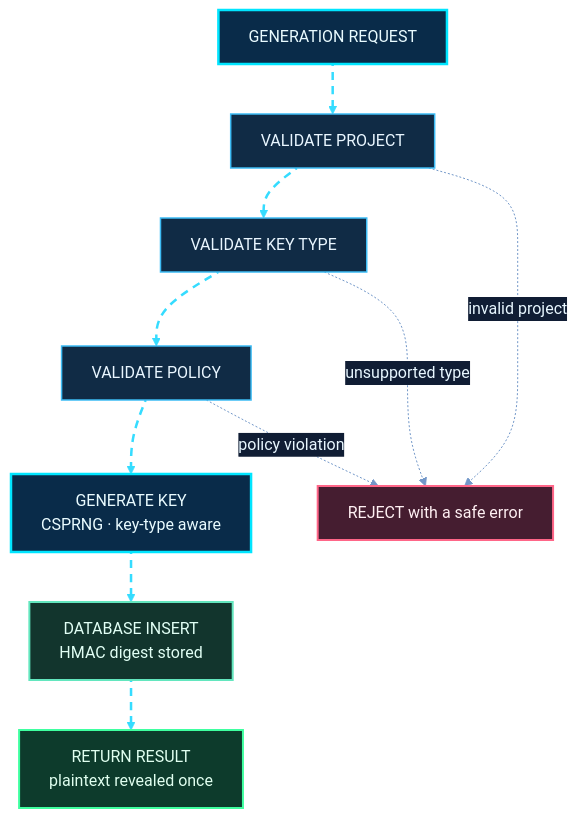
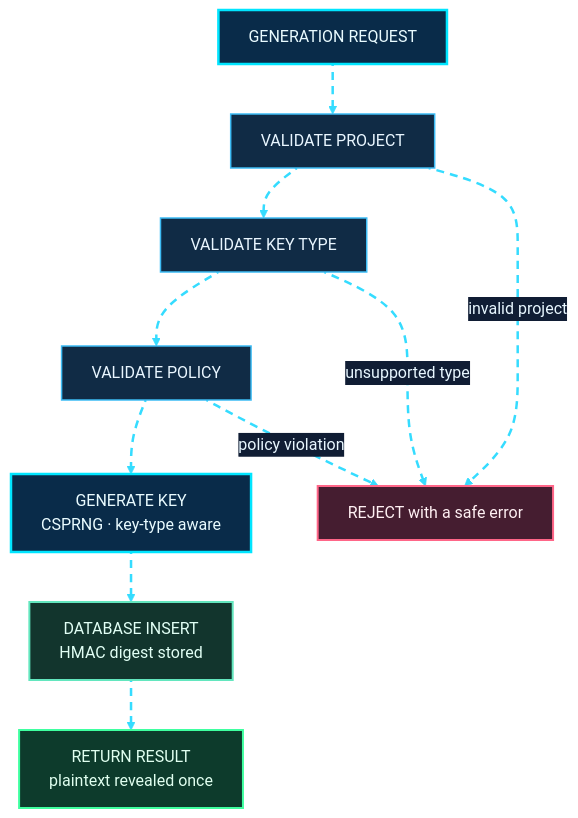
The ninth of 23 diagrams in README.md (shajeduzzamanenan992008inc/NexOra-Database-key-Gen), drawn with Mermaid before and after one commit. The commit also changed other lines of this file and 484 other files, not shown here.

````diff
--- a/README.md
+++ b/README.md
@@ -917,33 +994,48 @@
 ```mermaid
+
 %%{init: {"theme":"base","themeVariables":{"darkMode":true,"background":"#07111f","primaryColor":"#102744","primaryTextColor":"#e8f7ff","primaryBorderColor":"#00d9ff","lineColor":"#7297c8","secondaryColor":"#261d45","secondaryTextColor":"#f3eaff","secondaryBorderColor":"#a78bfa","tertiaryColor":"#12332b","tertiaryTextColor":"#e0fff1","tertiaryBorderColor":"#41e6a2","fontFamily":"Inter, Segoe UI, sans-serif","edgeLabelBackground":"#101d34","mainBkg":"#102744","nodeBorder":"#00d9ff","clusterBkg":"#0b1930","clusterBorder":"#6f7dff","actorBkg":"#102744","actorBorder":"#00d9ff","actorTextColor":"#e8f7ff","signalColor":"#64d8ff","signalTextColor":"#e8f7ff","noteBkgColor":"#0e332b","noteBorderColor":"#41e6a2","noteTextColor":"#e0fff1"}}}%%
 flowchart TD
-    G0["GENERATION REQUEST"] nx08e01@--> G1["VALIDATE PROJECT"]
-    G1 nx08e02@--> G2["VALIDATE KEY TYPE"]
-    G2 nx08e03@--> G3["VALIDATE POLICY"]
-    G3 nx08e04@--> G4["GENERATE KEY<br/>CSPRNG · key-type aware"]
-    G4 nx08e05@--> G5["DATABASE INSERT<br/>HMAC digest stored"]
-    G5 nx08e06@--> G6["RETURN RESULT<br/>plaintext revealed once"]
-    G1 -.->|"invalid project"| GX["REJECT with a safe error"]
-    G2 -.->|"unsupported type"| GX
-    G3 -.->|"policy violation"| GX
+    G0["GENERATION REQUEST"] nx09e01@--> G1["VALIDATE PROJECT"]
 
-    %% OMEGA NEX-ORA visual classes
+    G1 nx09e02@--> G2["VALIDATE KEY TYPE"]
+
+    G2 nx09e03@--> G3["VALIDATE POLICY"]
+
+    G3 nx09e04@--> G4["GENERATE KEY<br/>CSPRNG · key-type aware"]
+
+    G4 nx09e05@--> G5["DATABASE INSERT<br/>HMAC digest stored"]
+
+    G5 nx09e06@--> G6["RETURN RESULT<br/>plaintext revealed once"]
+
+    %% Rejection paths
+    G1 nx09e07@-.->|"invalid project"| GX["REJECT with a safe error"]
+
+    G2 nx09e08@-.->|"unsupported type"| GX
+
+    G3 nx09e09@-.->|"policy violation"| GX
+
     %% OMEGA NEX-ORA / ULTRA NEON PALETTE
     classDef nxCore fill:#092b49,stroke:#00e5ff,stroke-width:2.5px,color:#e9fbff;
     classDef nxProcess fill:#102b45,stroke:#3dbcf5,stroke-width:1.5px,color:#e9f6ff;
     classDef nxDecision fill:#2b2050,stroke:#b38cff,stroke-width:2px,color:#f3edff;
     classDef nxSuccess fill:#0d3b2c,stroke:#3fffa0,stroke-width:2px,color:#e0fff0;
     classDef nxDanger fill:#451d30,stroke:#ff6688,stroke-width:2px,color:#fff0f3;
     classDef nxData fill:#12352d,stroke:#63e6be,stroke-width:2px,color:#e1fff5;
     classDef nxExternal fill:#2b2149,stroke:#c4a5ff,stroke-width:2px,color:#f3ecff;
     classDef nxInfo fill:#17253e,stroke:#91a7c9,stroke-width:1.5px,color:#e5efff;
     classDef nxWarning fill:#453116,stroke:#fbbf24,stroke-width:2px,color:#fff6d6;
-    %% Moving dashed route: Mermaid applies this class to explicitly identified edges.
-    classDef nxAnimated stroke:#35dcff,stroke-width:2.5px,stroke-dasharray:8\,6,stroke-dashoffset:1000,animation:dash 24s linear infinite;
+
+    %% Continuous moving neon animation
+    classDef nxAnimated stroke:#35dcff,stroke-width:2.5px,stroke-dasharray:8\,6,stroke-dashoffset:1000,animation:dash 18s linear infinite;
+
+    %% Node styling
     class G0,G4 nxCore;
     class G1,G2,G3 nxProcess;
     class G5 nxData;
     class G6 nxSuccess;
     class GX nxDanger;
-    class nx08e01,nx08e02,nx08e03,nx08e04,nx08e05,nx08e06 nxAnimated;
+
+    %% ALL 9 CONNECTIONS ANIMATED
+    class nx09e01,nx09e02,nx09e03,nx09e04,nx09e05,nx09e06,nx09e07,nx09e08,nx09e09 nxAnimated;
+
 ```
````
